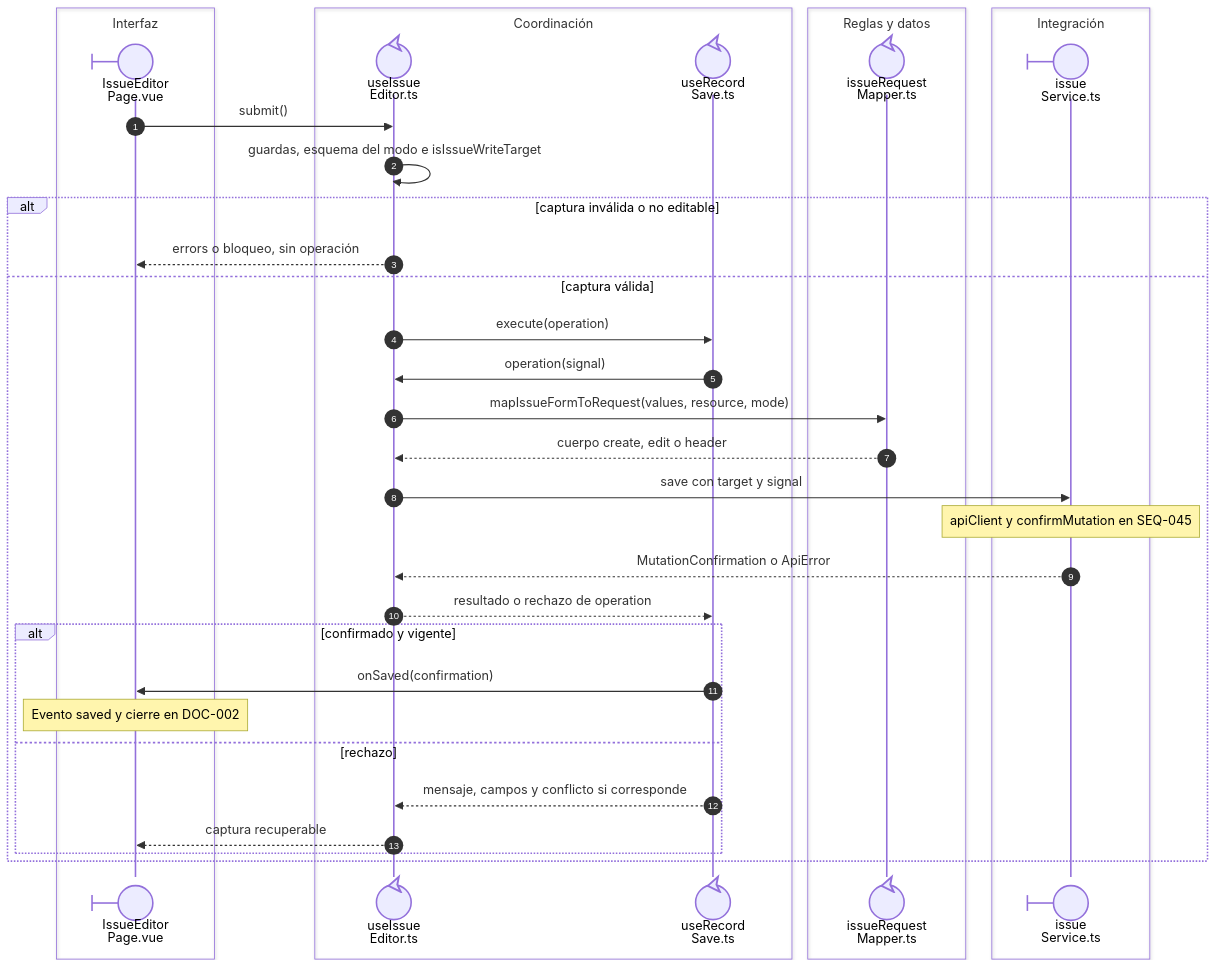
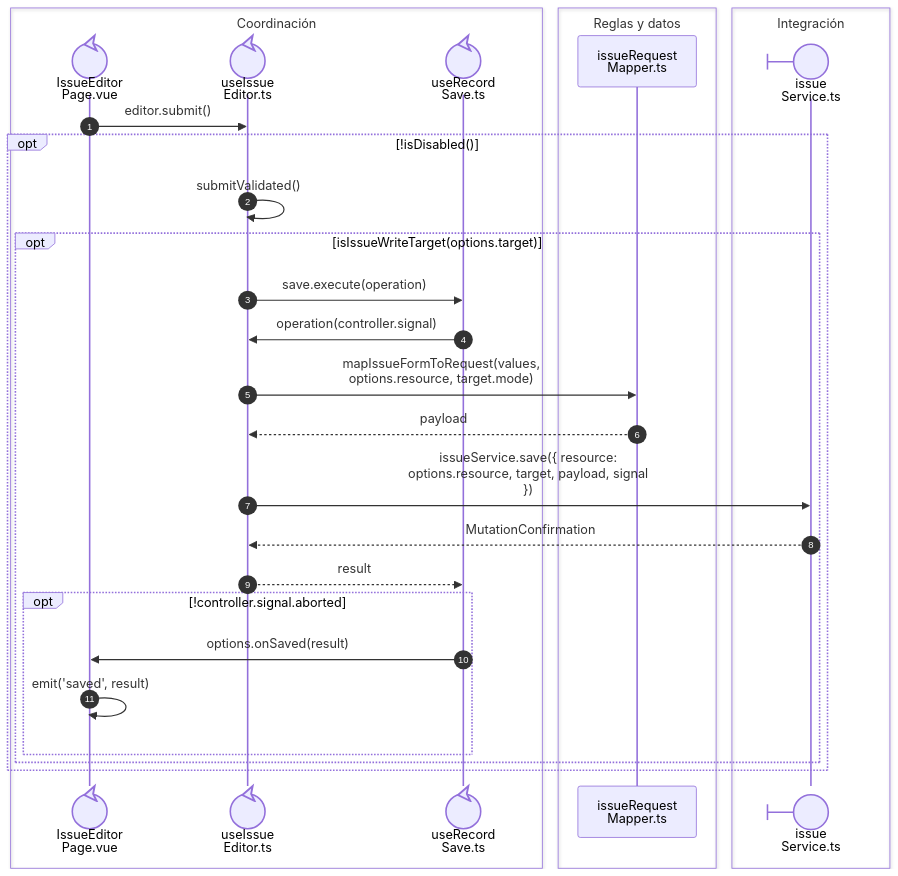
Before and after one commit to gpgsistemas01/nexus: the second of 2 diagrams in front/docs/architecture/views/processes/07-issues/01-issue-open-save.md, drawn with Mermaid. The commit also changed other lines of this file and 43 other files, not shown here.

````diff
--- a/front/docs/architecture/views/processes/07-issues/01-issue-open-save.md
+++ b/front/docs/architecture/views/processes/07-issues/01-issue-open-save.md
@@ -76,38 +54,32 @@
 ```mermaid
 sequenceDiagram
     autonumber
-    box Interfaz
-    participant Page@{ "type": "boundary" } as IssueEditor<br/>Page.vue
-    end
     box Coordinación
+    participant Page@{ "type": "control" } as IssueEditor<br/>Page.vue
     participant Editor@{ "type": "control" } as useIssue<br/>Editor.ts
     participant Save@{ "type": "control" } as useRecord<br/>Save.ts
     end
     box Reglas y datos
-    participant Mapper@{ "type": "control" } as issueRequest<br/>Mapper.ts
+    participant Mapper as issueRequest<br/>Mapper.ts
     end
     box Integración
     participant Service@{ "type": "boundary" } as issue<br/>Service.ts
     end
-    Page->>Editor: submit()
-    Editor->>Editor: guardas, esquema del modo e isIssueWriteTarget
-    alt captura inválida o no editable
-        Editor-->>Page: errors o bloqueo, sin operación
-    else captura válida
-        Editor->>Save: execute(operation)
-        Save->>Editor: operation(signal)
-        Editor->>Mapper: mapIssueFormToRequest(values, resource, mode)
-        Mapper-->>Editor: cuerpo create, edit o header
-        Editor->>Service: save con target y signal
-        Note over Service: apiClient y confirmMutation en SEQ-045
-        Service-->>Editor: MutationConfirmation o ApiError
-        Editor-->>Save: resultado o rechazo de operation
-        alt confirmado y vigente
-            Save->>Page: onSaved(confirmation)
-            Note over Page: Evento saved y cierre en DOC-002
-        else rechazo
-            Save-->>Editor: mensaje, campos y conflicto si corresponde
-            Editor-->>Page: captura recuperable
+    Page->>Editor: nowrap: editor.submit()
+    opt nowrap: !isDisabled()
+        Editor->>Editor: nowrap: submitValidated()
+        opt nowrap: isIssueWriteTarget(options.target)
+            Editor->>Save: nowrap: save.execute(operation)
+            Save->>Editor: nowrap: operation(controller.signal)
+            Editor->>Mapper: nowrap: mapIssueFormToRequest(values,<br/>options.resource, target.mode)
+            Mapper-->>Editor: nowrap: payload
+            Editor->>Service: nowrap: issueService.save({ resource:<br/>options.resource, target, payload, signal<br/>})
+            Service-->>Editor: nowrap: MutationConfirmation
+            Editor-->>Save: nowrap: result
+            opt nowrap: !controller.signal.aborted
+                Save->>Page: nowrap: options.onSaved(result)
+                Page->>Page: nowrap: emit('saved', result)
+            end
         end
     end
 ```
````
